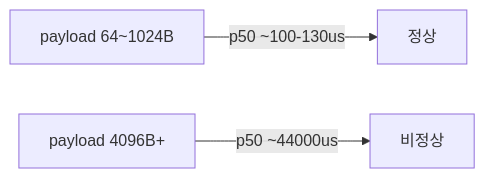
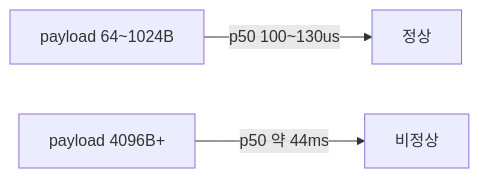
One commit to jwsung91/jwsung91.github.io changed the second of 8 diagrams in src/content/blog/2026-07-01-unilink-tcp-nodelay-트러블슈팅.md. Above: the diagram before and after it, drawn with Mermaid. The commit also changed other lines of this file, not shown here.

````diff
--- a/src/content/blog/2026-07-01-unilink-tcp-nodelay-트러블슈팅.md
+++ b/src/content/blog/2026-07-01-unilink-tcp-nodelay-트러블슈팅.md
@@ -34,5 +72,5 @@
 ```mermaid
 flowchart LR
-    A["payload 64~1024B"] -->|"p50 ~100-130us"| B[정상]
-    C["payload 4096B+"] -->|"p50 ~44000us"| D[비정상]
+    A["payload 64~1024B"] -->|"p50 100~130us"| B[정상]
+    C["payload 4096B+"] -->|"p50 약 44ms"| D[비정상]
 ```
````
